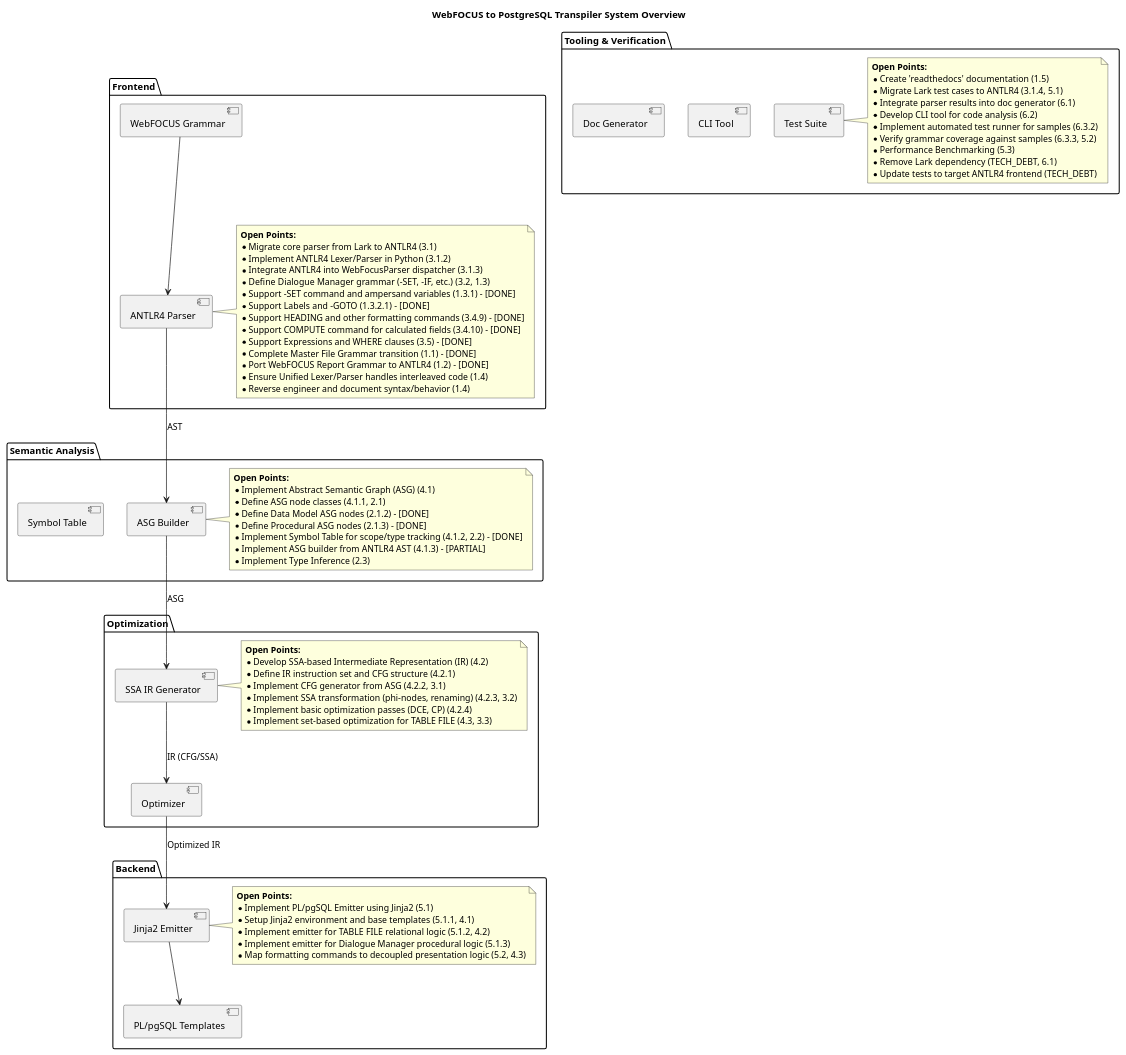
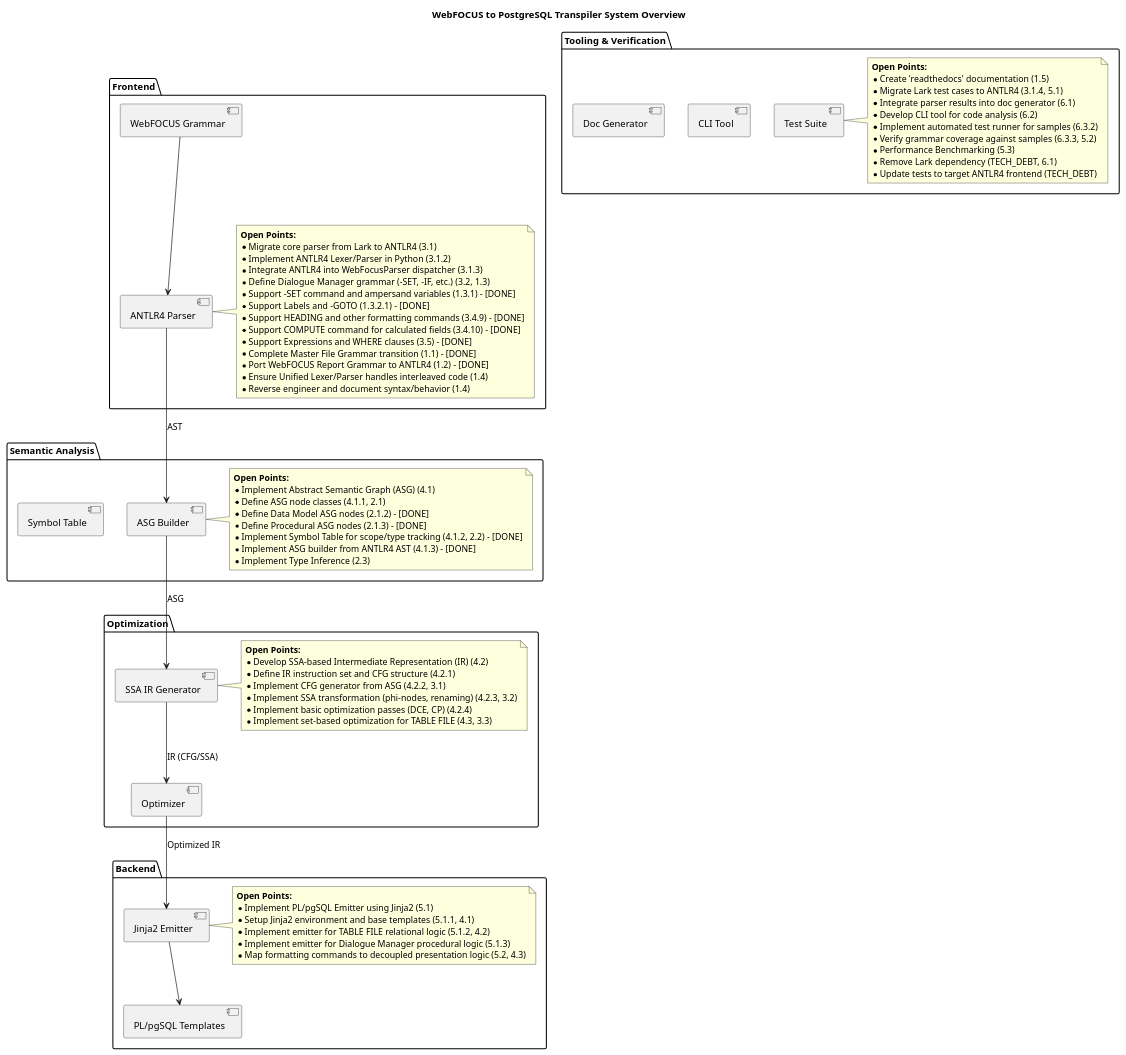
The diagram in SYSTEM_OVERVIEW.plantuml (chatelao/web-focus-benf), drawn with PlantUML before and after one commit. The commit also changed 5 other files, not shown here.

First line of the commit message:
Implement Dialogue Manager variable resolution and refine roadmap

```diff
--- a/SYSTEM_OVERVIEW.plantuml
+++ b/SYSTEM_OVERVIEW.plantuml
@@ -1,94 +1,94 @@
 @startuml
 skinparam componentStyle uml2
 
 title WebFOCUS to PostgreSQL Transpiler System Overview
 
 package "Frontend" {
     [ANTLR4 Parser] as Parser
     [WebFOCUS Grammar] as Grammar
     note right of Parser
         **Open Points:**
         * Migrate core parser from Lark to ANTLR4 (3.1)
         * Implement ANTLR4 Lexer/Parser in Python (3.1.2)
         * Integrate ANTLR4 into WebFocusParser dispatcher (3.1.3)
         * Define Dialogue Manager grammar (-SET, -IF, etc.) (3.2, 1.3)
         * Support -SET command and ampersand variables (1.3.1) - [DONE]
         * Support Labels and -GOTO (1.3.2.1) - [DONE]
         * Support HEADING and other formatting commands (3.4.9) - [DONE]
         * Support COMPUTE command for calculated fields (3.4.10) - [DONE]
         * Support Expressions and WHERE clauses (3.5) - [DONE]
         * Complete Master File Grammar transition (1.1) - [DONE]
         * Port WebFOCUS Report Grammar to ANTLR4 (1.2) - [DONE]
         * Ensure Unified Lexer/Parser handles interleaved code (1.4)
         * Reverse engineer and document syntax/behavior (1.4)
     end note
 }
 
 package "Semantic Analysis" {
     [ASG Builder] as ASGBuilder
     [Symbol Table] as SymbolTable
     note right of ASGBuilder
         **Open Points:**
         * Implement Abstract Semantic Graph (ASG) (4.1)
         * Define ASG node classes (4.1.1, 2.1)
         * Define Data Model ASG nodes (2.1.2) - [DONE]
         * Define Procedural ASG nodes (2.1.3) - [DONE]
         * Implement Symbol Table for scope/type tracking (4.1.2, 2.2) - [DONE]
-        * Implement ASG builder from ANTLR4 AST (4.1.3) - [PARTIAL]
+        * Implement ASG builder from ANTLR4 AST (4.1.3) - [DONE]
         * Implement Type Inference (2.3)
     end note
 }
 
 package "Optimization" {
     [SSA IR Generator] as IRGen
     [Optimizer] as Optimizer
     note right of IRGen
         **Open Points:**
         * Develop SSA-based Intermediate Representation (IR) (4.2)
         * Define IR instruction set and CFG structure (4.2.1)
         * Implement CFG generator from ASG (4.2.2, 3.1)
         * Implement SSA transformation (phi-nodes, renaming) (4.2.3, 3.2)
         * Implement basic optimization passes (DCE, CP) (4.2.4)
         * Implement set-based optimization for TABLE FILE (4.3, 3.3)
     end note
 }
 
 package "Backend" {
     [Jinja2 Emitter] as Emitter
     [PL/pgSQL Templates] as Templates
     note right of Emitter
         **Open Points:**
         * Implement PL/pgSQL Emitter using Jinja2 (5.1)
         * Setup Jinja2 environment and base templates (5.1.1, 4.1)
         * Implement emitter for TABLE FILE relational logic (5.1.2, 4.2)
         * Implement emitter for Dialogue Manager procedural logic (5.1.3)
         * Map formatting commands to decoupled presentation logic (5.2, 4.3)
     end note
 }
 
 package "Tooling & Verification" {
     [CLI Tool] as CLI
     [Test Suite] as Tests
     [Doc Generator] as DocGen
     note right of Tests
         **Open Points:**
         * Create 'readthedocs' documentation (1.5)
         * Migrate Lark test cases to ANTLR4 (3.1.4, 5.1)
         * Integrate parser results into doc generator (6.1)
         * Develop CLI tool for code analysis (6.2)
         * Implement automated test runner for samples (6.3.2)
         * Verify grammar coverage against samples (6.3.3, 5.2)
         * Performance Benchmarking (5.3)
         * Remove Lark dependency (TECH_DEBT, 6.1)
         * Update tests to target ANTLR4 frontend (TECH_DEBT)
     end note
 }
 
 Grammar --> Parser
 Parser --> ASGBuilder : AST
 ASGBuilder --> IRGen : ASG
 IRGen --> Optimizer : IR (CFG/SSA)
 Optimizer --> Emitter : Optimized IR
 Emitter --> Templates
 
 @enduml
```
